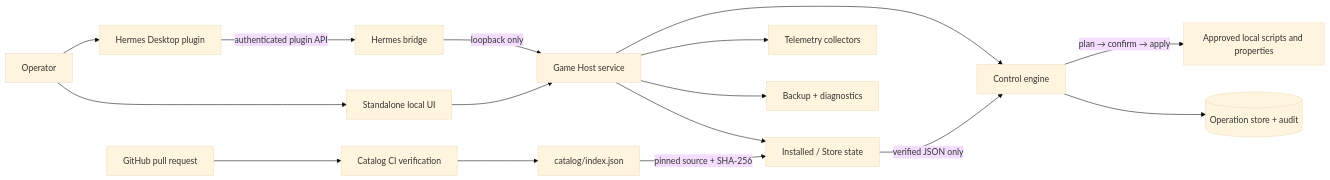
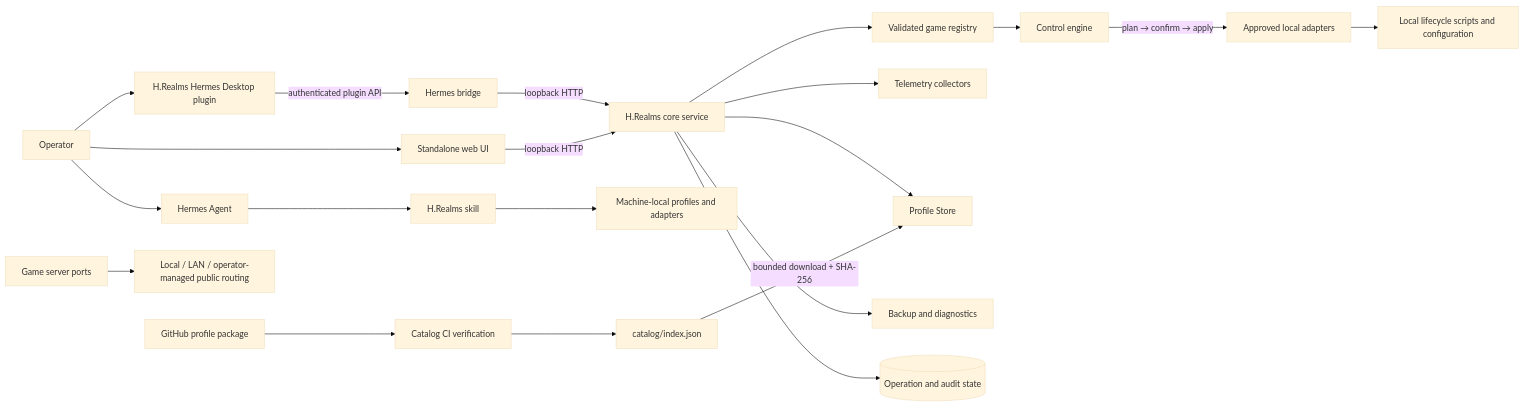
Before and after one commit to Stormxftw/H.Realms: the diagram in README.md, drawn with Mermaid (base theme). The commit also changed other lines of this file, not shown here.

Commit message:
docs: rebrand and reorganize README as H.Realms

````diff
--- a/README.md
+++ b/README.md
@@ -39,21 +73,28 @@
 ```mermaid
 flowchart LR
-    U[Operator] --> D[Hermes Desktop plugin]
-    U --> W[Standalone local UI]
+    O[Operator] --> D[H.Realms Hermes Desktop plugin]
+    O --> W[Standalone web UI]
+    O --> H[Hermes Agent]
+
     D -->|authenticated plugin API| B[Hermes bridge]
-    B -->|loopback only| A[Game Host service]
-    W --> A
+    B -->|loopback HTTP| C[H.Realms core service]
+    W -->|loopback HTTP| C
+    H --> S[H.Realms skill]
+    S --> L[Machine-local profiles and adapters]
 
-    A --> C[Control engine]
-    A --> S[Installed / Store state]
-    A --> T[Telemetry collectors]
-    A --> K[Backup + diagnostics]
+    C --> R[Validated game registry]
+    C --> T[Telemetry collectors]
+    C --> P[Profile Store]
+    C --> K[Backup and diagnostics]
+    C --> Q[(Operation and audit state)]
 
-    C -->|plan → confirm → apply| P[Approved local scripts and properties]
-    C --> O[(Operation store + audit)]
+    R --> E[Control engine]
+    E -->|plan → confirm → apply| A[Approved local adapters]
+    A --> X[Local lifecycle scripts and configuration]
 
-    G[GitHub pull request] --> V[Catalog CI verification]
+    G[GitHub profile package] --> V[Catalog CI verification]
     V --> I[catalog/index.json]
-    I -->|pinned source + SHA-256| S
-    S -->|verified JSON only| C
+    I -->|bounded download + SHA-256| P
+
+    Y[Game server ports] --> N[Local / LAN / operator-managed public routing]
 ```
````
